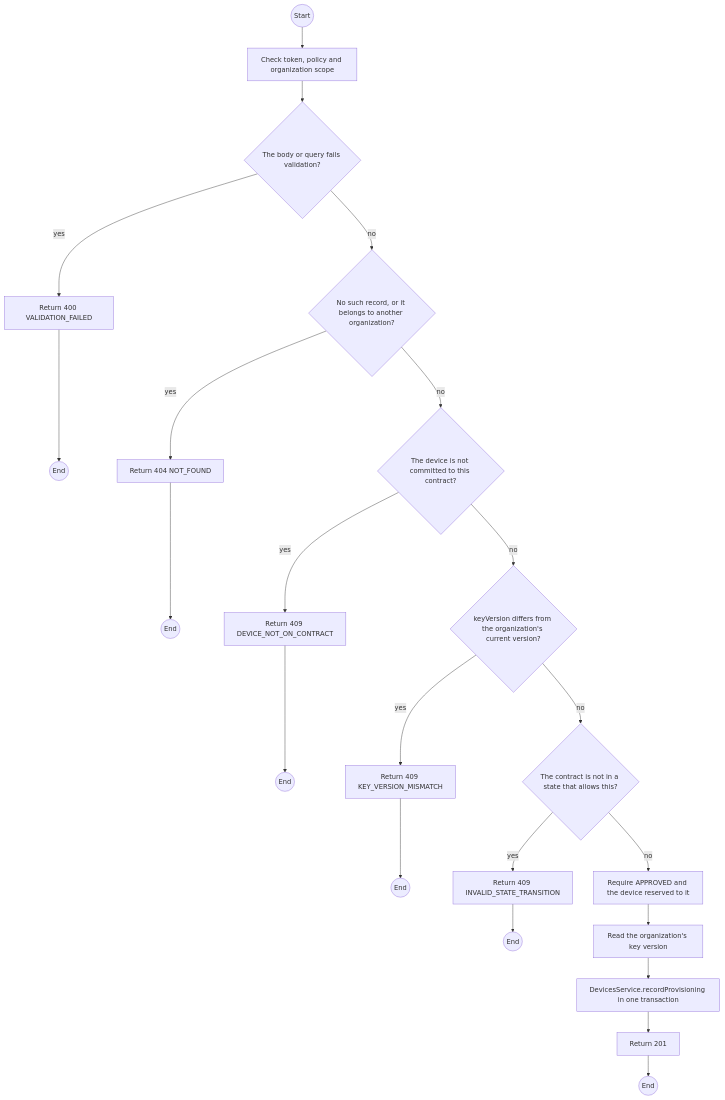
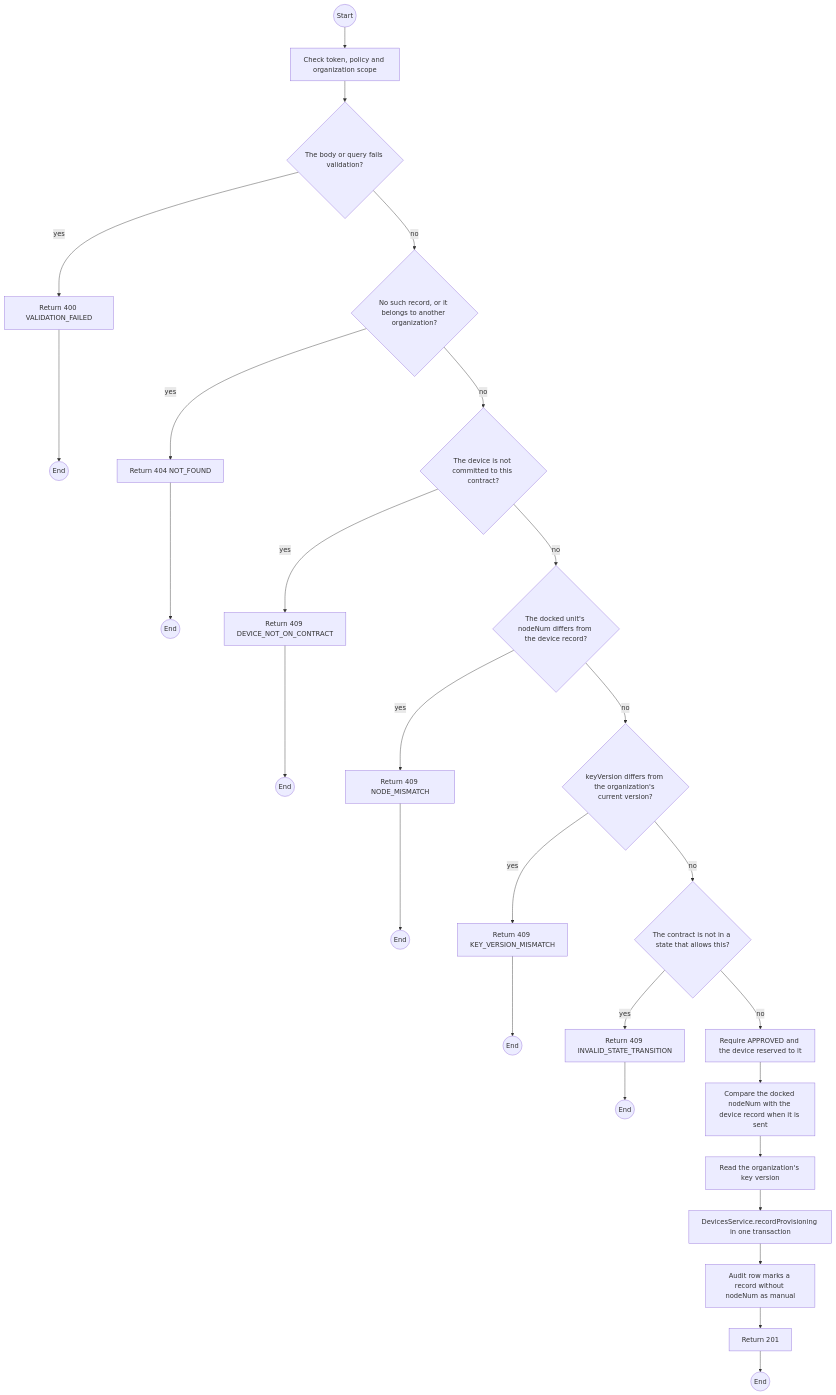
One commit to TrekLink-Team/treklink-web changed the first of 2 diagrams in specs/rentals/api-design/09-post-contracts-id-devices-deviceid-provisioning.md. Above: the diagram before and after it, drawn with Mermaid. The commit also changed other lines of this file and 14 other files, not shown here.

````diff
--- a/specs/rentals/api-design/09-post-contracts-id-devices-deviceid-provisioning.md
+++ b/specs/rentals/api-design/09-post-contracts-id-devices-deviceid-provisioning.md
@@ -188,40 +207,49 @@
 ```mermaid
 flowchart TB
     S((Start))
     A0["Check token, policy and organization scope"]
     S --> A0
     D1{"The body or query fails validation?"}
     A0 --> D1
     E1["Return 400 VALIDATION_FAILED"]
     D1 -->|yes| E1
     E1 --> X1((End))
     D2{"No such record, or it belongs to another organization?"}
     D1 -->|no| D2
     E2["Return 404 NOT_FOUND"]
     D2 -->|yes| E2
     E2 --> X2((End))
     D3{"The device is not committed to this contract?"}
     D2 -->|no| D3
     E3["Return 409 DEVICE_NOT_ON_CONTRACT"]
     D3 -->|yes| E3
     E3 --> X3((End))
-    D4{"keyVersion differs from the organization's current version?"}
+    D4{"The docked unit's nodeNum differs from the device record?"}
     D3 -->|no| D4
-    E4["Return 409 KEY_VERSION_MISMATCH"]
+    E4["Return 409 NODE_MISMATCH"]
     D4 -->|yes| E4
     E4 --> X4((End))
-    D5{"The contract is not in a state that allows this?"}
+    D5{"keyVersion differs from the organization's current version?"}
     D4 -->|no| D5
-    E5["Return 409 INVALID_STATE_TRANSITION"]
+    E5["Return 409 KEY_VERSION_MISMATCH"]
     D5 -->|yes| E5
     E5 --> X5((End))
+    D6{"The contract is not in a state that allows this?"}
+    D5 -->|no| D6
+    E6["Return 409 INVALID_STATE_TRANSITION"]
+    D6 -->|yes| E6
+    E6 --> X6((End))
     P0["Require APPROVED and the device reserved to it"]
-    D5 -->|no| P0
-    P1["Read the organization's key version"]
+    D6 -->|no| P0
+    P1["Compare the docked nodeNum with the device record when it is sent"]
     P0 --> P1
-    P2["DevicesService.recordProvisioning in one transaction"]
+    P2["Read the organization's key version"]
     P1 --> P2
+    P3["DevicesService.recordProvisioning in one transaction"]
+    P2 --> P3
+    P4["Audit row marks a record without nodeNum as manual"]
+    P3 --> P4
     OK["Return 201"]
-    P2 --> OK
+    P4 --> OK
     OK --> Z((End))
 ```
````
